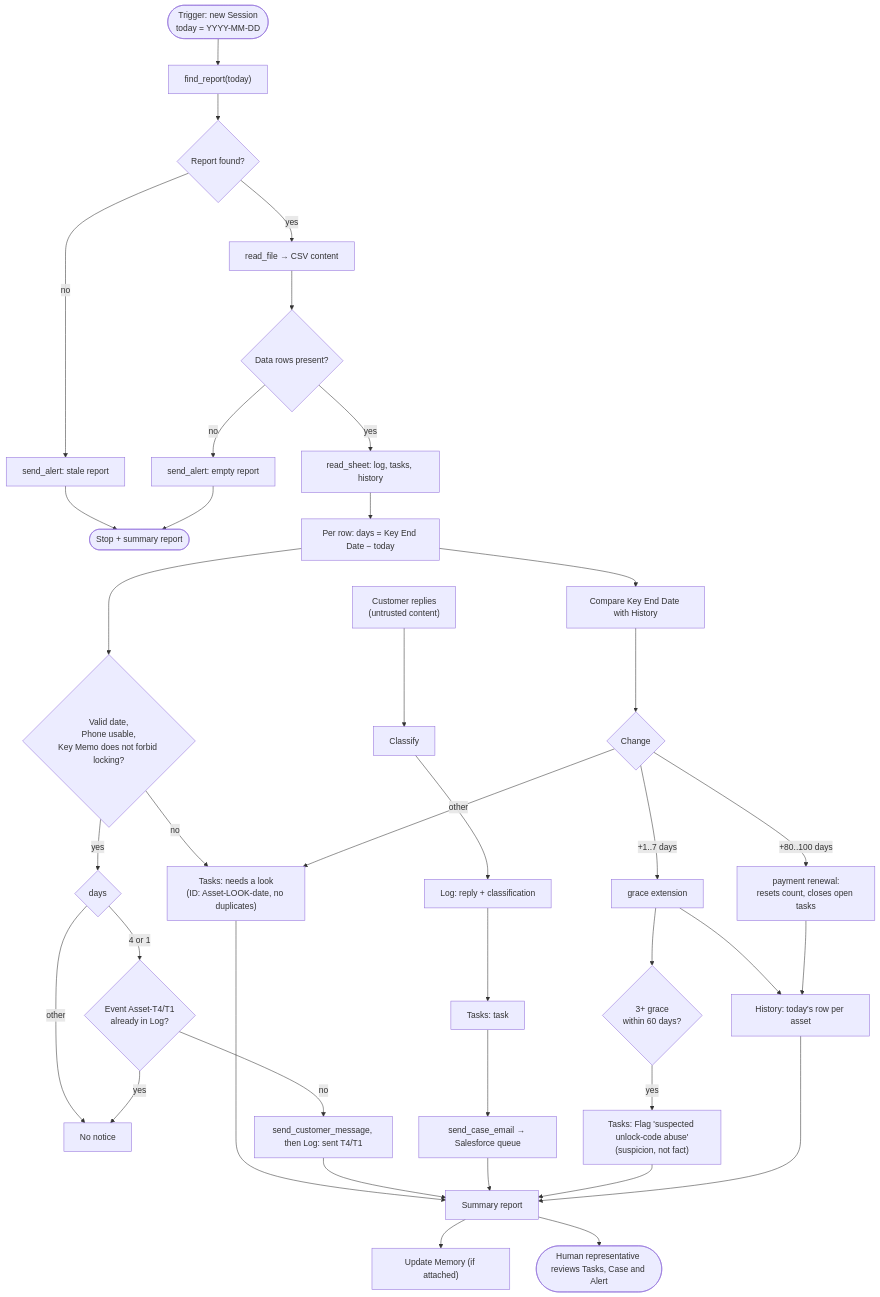
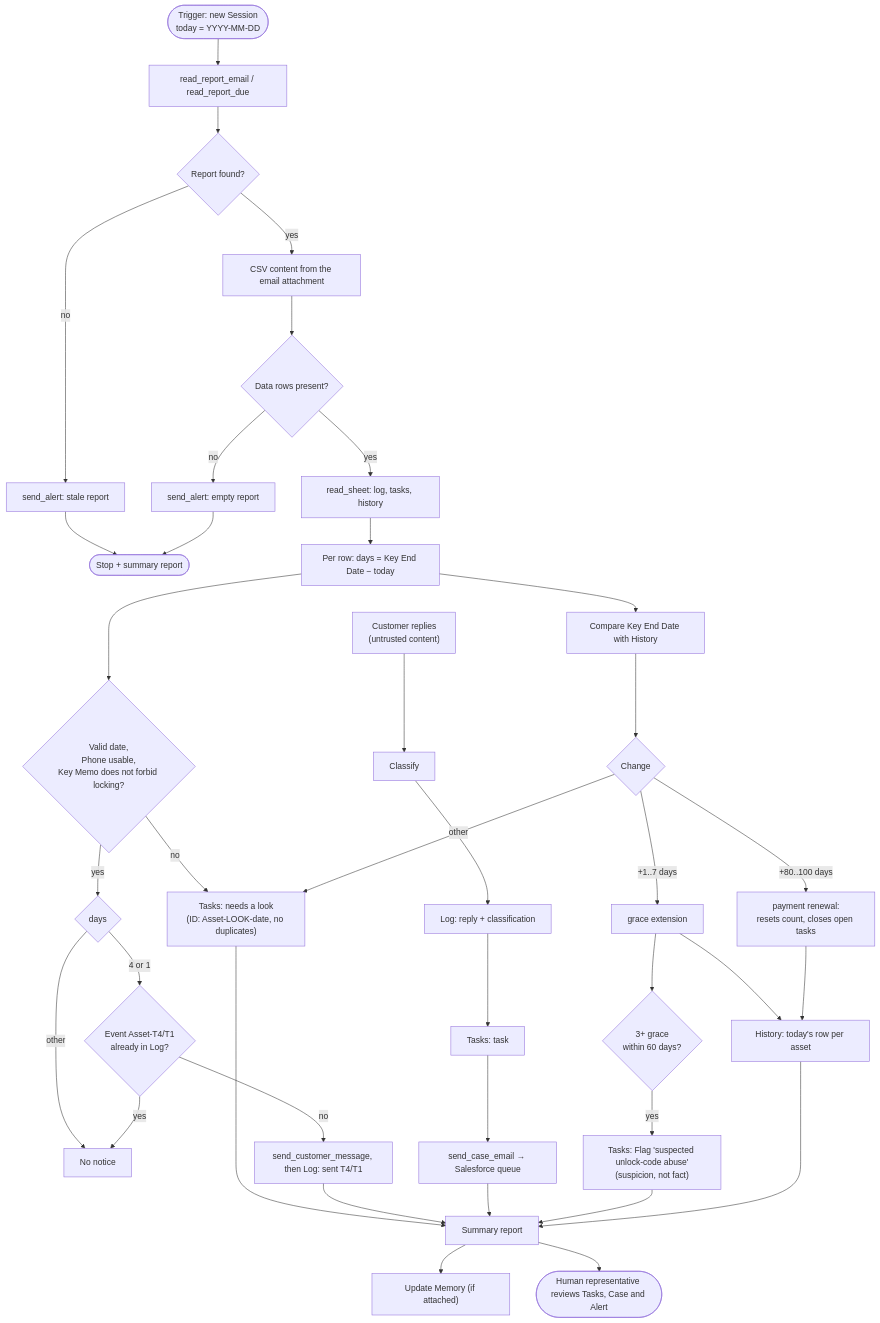
One commit to asaeltaragan-cpu/Time_limit changed the third of 4 diagrams in Architecture.md. Above: the diagram before and after it, drawn with Mermaid. The commit also changed other lines of this file and 3 other files, not shown here.

````diff
--- a/Architecture.md
+++ b/Architecture.md
@@ -110,42 +110,42 @@
 ```mermaid
 flowchart TD
-    START(["Trigger: new Session<br/>today = YYYY-MM-DD"]) --> FIND["find_report(today)"]
+    START(["Trigger: new Session<br/>today = YYYY-MM-DD"]) --> FIND["read_report_email / read_report_due"]
     FIND --> FOUND{"Report found?"}
     FOUND -- "no" --> A1["send_alert: stale report"] --> END1(["Stop + summary report"])
-    FOUND -- "yes" --> READ["read_file → CSV content"]
+    FOUND -- "yes" --> READ["CSV content from the email attachment"]
     READ --> EMPTY{"Data rows present?"}
     EMPTY -- "no" --> A2["send_alert: empty report"] --> END1
     EMPTY -- "yes" --> SHEETS["read_sheet: log, tasks, history"]
 
     SHEETS --> ROW["Per row: days = Key End Date − today"]
     ROW --> VALID{"Valid date,<br/>Phone usable,<br/>Key Memo does not forbid locking?"}
     VALID -- "no" --> LOOK["Tasks: needs a look<br/>(ID: Asset-LOOK-date, no duplicates)"]
     VALID -- "yes" --> DAYS{"days"}
     DAYS -- "4 or 1" --> DUP{"Event Asset-T4/T1<br/>already in Log?"}
     DAYS -- "other" --> NONE["No notice"]
     DUP -- "yes" --> NONE
     DUP -- "no" --> LOGW["send_customer_message, then Log: sent T4/T1"]
 
     REPLIES["Customer replies<br/>(untrusted content)"] --> CLS["Classify"]
     CLS --> LOGR["Log: reply + classification"]
     LOGR --> TASKR["Tasks: task"]
     TASKR --> CASE["send_case_email → Salesforce queue"]
 
     ROW --> CMP["Compare Key End Date with History"]
     CMP --> KIND{"Change"}
     KIND -- "+1..7 days" --> GRACE["grace extension"]
     KIND -- "+80..100 days" --> RENEW["payment renewal:<br/>resets count, closes open tasks"]
     KIND -- "other" --> LOOK
     GRACE --> HISTW["History: today's row per asset"]
     RENEW --> HISTW
     GRACE --> ABUSE{"3+ grace<br/>within 60 days?"}
     ABUSE -- "yes" --> FLAG["Tasks: Flag 'suspected unlock-code abuse'<br/>(suspicion, not fact)"]
 
     LOOK --> REPORT
     LOGW --> REPORT
     CASE --> REPORT
     FLAG --> REPORT
     HISTW --> REPORT["Summary report"]
     REPORT --> MEMW["Update Memory (if attached)"]
     REPORT --> HUMAN(["Human representative reviews Tasks, Case and Alert"])
 ```
````
